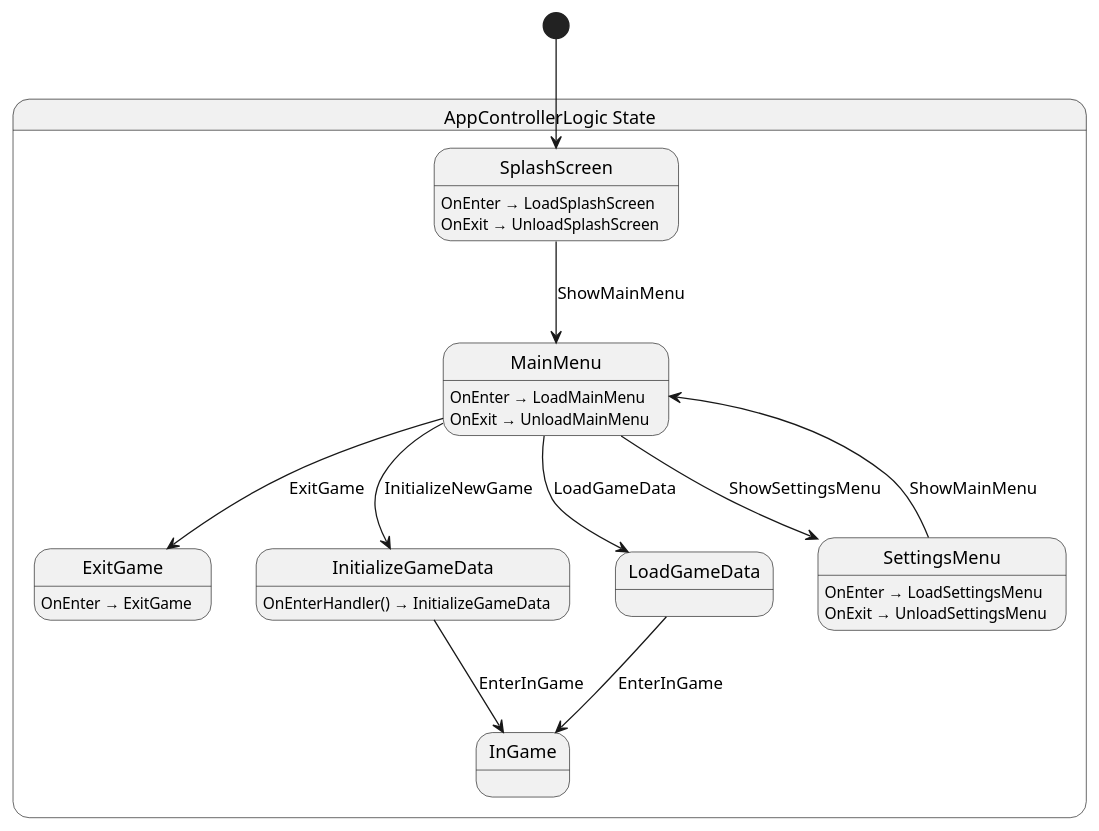
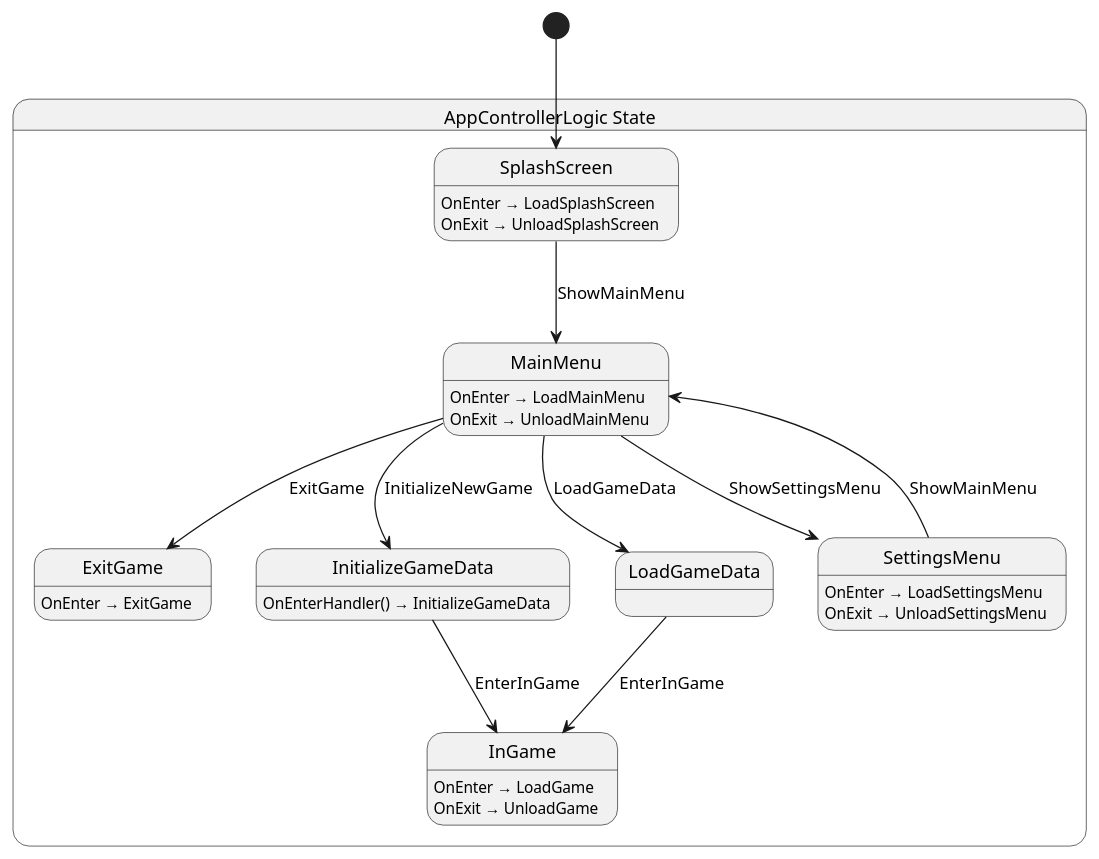
One commit to zheladev/ADHDGame changed the diagram in src/scenes/app_controller/logic/AppControllerLogic.g.puml. Above: the diagram before and after it, drawn with PlantUML. The commit also changed 2 other files, not shown here.

Commit message:
feat: load actual game node on new game.

```diff
--- a/src/scenes/app_controller/logic/AppControllerLogic.g.puml
+++ b/src/scenes/app_controller/logic/AppControllerLogic.g.puml
@@ -1,31 +1,33 @@
 @startuml AppControllerLogic
 state "AppControllerLogic State" as ADHDGame_Scenes_AppController_AppControllerLogic_State {
   state "ExitGame" as ADHDGame_Scenes_AppController_AppControllerLogic_State_ExitGame
   state "InGame" as ADHDGame_Scenes_AppController_AppControllerLogic_State_InGame
   state "InitializeGameData" as ADHDGame_Scenes_AppController_AppControllerLogic_State_InitializeGameData
   state "LoadGameData" as ADHDGame_Scenes_AppController_AppControllerLogic_State_LoadGameData
   state "MainMenu" as ADHDGame_Scenes_AppController_AppControllerLogic_State_MainMenu
   state "SettingsMenu" as ADHDGame_Scenes_AppController_AppControllerLogic_State_SettingsMenu
   state "SplashScreen" as ADHDGame_Scenes_AppController_AppControllerLogic_State_SplashScreen
 }
 
 ADHDGame_Scenes_AppController_AppControllerLogic_State_InitializeGameData --> ADHDGame_Scenes_AppController_AppControllerLogic_State_InGame : EnterInGame
 ADHDGame_Scenes_AppController_AppControllerLogic_State_LoadGameData --> ADHDGame_Scenes_AppController_AppControllerLogic_State_InGame : EnterInGame
 ADHDGame_Scenes_AppController_AppControllerLogic_State_MainMenu --> ADHDGame_Scenes_AppController_AppControllerLogic_State_ExitGame : ExitGame
 ADHDGame_Scenes_AppController_AppControllerLogic_State_MainMenu --> ADHDGame_Scenes_AppController_AppControllerLogic_State_InitializeGameData : InitializeNewGame
 ADHDGame_Scenes_AppController_AppControllerLogic_State_MainMenu --> ADHDGame_Scenes_AppController_AppControllerLogic_State_LoadGameData : LoadGameData
 ADHDGame_Scenes_AppController_AppControllerLogic_State_MainMenu --> ADHDGame_Scenes_AppController_AppControllerLogic_State_SettingsMenu : ShowSettingsMenu
 ADHDGame_Scenes_AppController_AppControllerLogic_State_SettingsMenu --> ADHDGame_Scenes_AppController_AppControllerLogic_State_MainMenu : ShowMainMenu
 ADHDGame_Scenes_AppController_AppControllerLogic_State_SplashScreen --> ADHDGame_Scenes_AppController_AppControllerLogic_State_MainMenu : ShowMainMenu
 
 ADHDGame_Scenes_AppController_AppControllerLogic_State_ExitGame : OnEnter → ExitGame
+ADHDGame_Scenes_AppController_AppControllerLogic_State_InGame : OnEnter → LoadGame
+ADHDGame_Scenes_AppController_AppControllerLogic_State_InGame : OnExit → UnloadGame
 ADHDGame_Scenes_AppController_AppControllerLogic_State_InitializeGameData : OnEnterHandler() → InitializeGameData
 ADHDGame_Scenes_AppController_AppControllerLogic_State_MainMenu : OnEnter → LoadMainMenu
 ADHDGame_Scenes_AppController_AppControllerLogic_State_MainMenu : OnExit → UnloadMainMenu
 ADHDGame_Scenes_AppController_AppControllerLogic_State_SettingsMenu : OnEnter → LoadSettingsMenu
 ADHDGame_Scenes_AppController_AppControllerLogic_State_SettingsMenu : OnExit → UnloadSettingsMenu
 ADHDGame_Scenes_AppController_AppControllerLogic_State_SplashScreen : OnEnter → LoadSplashScreen
 ADHDGame_Scenes_AppController_AppControllerLogic_State_SplashScreen : OnExit → UnloadSplashScreen
 
 [*] --> ADHDGame_Scenes_AppController_AppControllerLogic_State_SplashScreen
 @enduml
```
